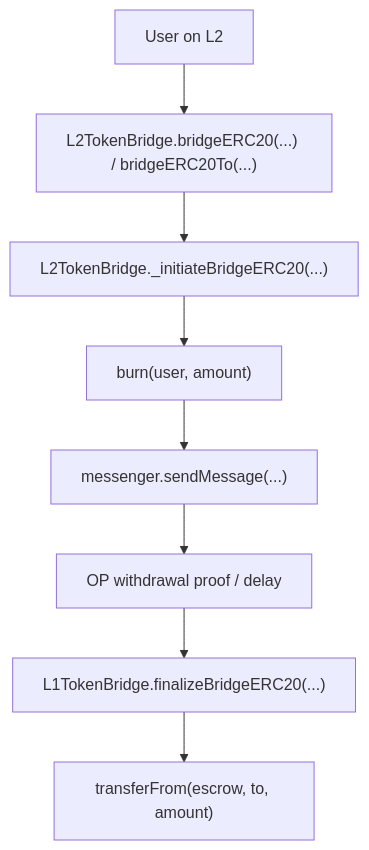
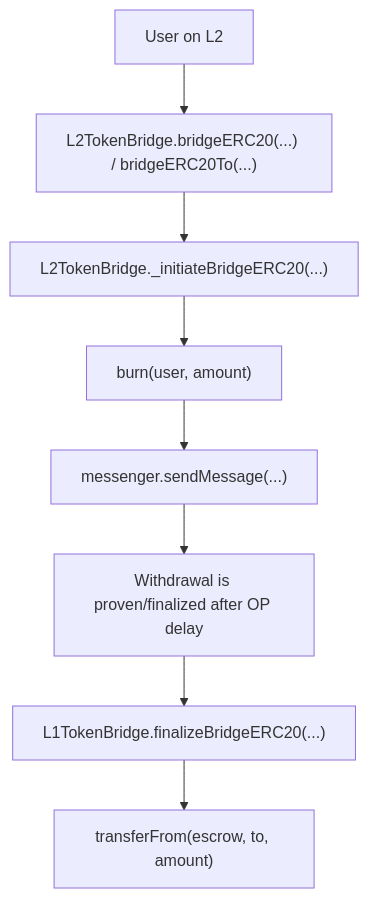
The second of 2 diagrams in README.md (Keedz1Off/Keedz1Off-sky-dai-fork-local-review-ru), drawn with Mermaid before and after one commit. The commit also changed other lines of this file and 14 other files, not shown here.

````diff
--- a/README.md
+++ b/README.md
@@ -52,10 +82,10 @@
 ```mermaid
 flowchart TD
     A["User on L2"] --> B["L2TokenBridge.bridgeERC20(...) / bridgeERC20To(...)"]
     B --> C["L2TokenBridge._initiateBridgeERC20(...)"]
     C --> D["burn(user, amount)"]
     D --> E["messenger.sendMessage(...)"]
-    E --> F["OP withdrawal proof / delay"]
+    E --> F["Withdrawal is proven/finalized after OP delay"]
     F --> G["L1TokenBridge.finalizeBridgeERC20(...)"]
     G --> H["transferFrom(escrow, to, amount)"]
 ```
````
